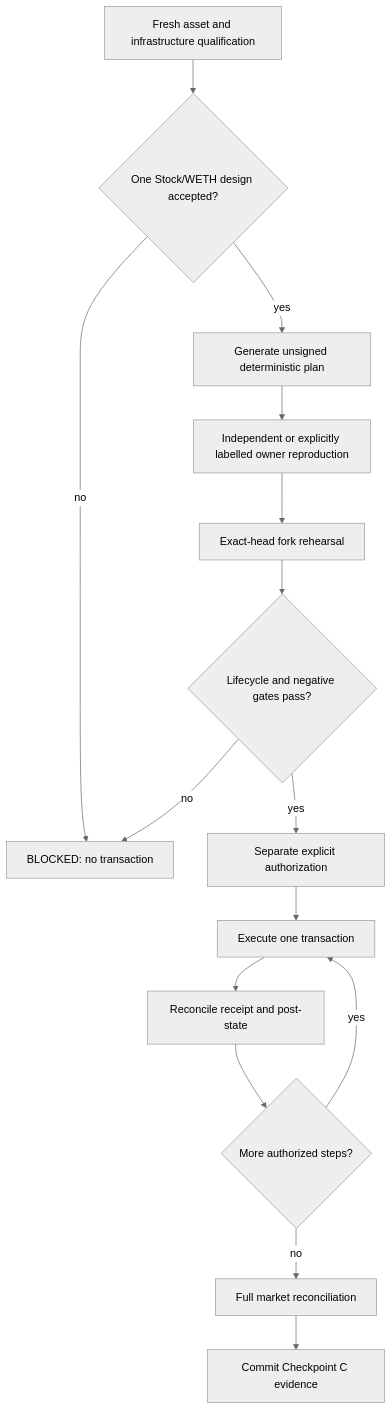
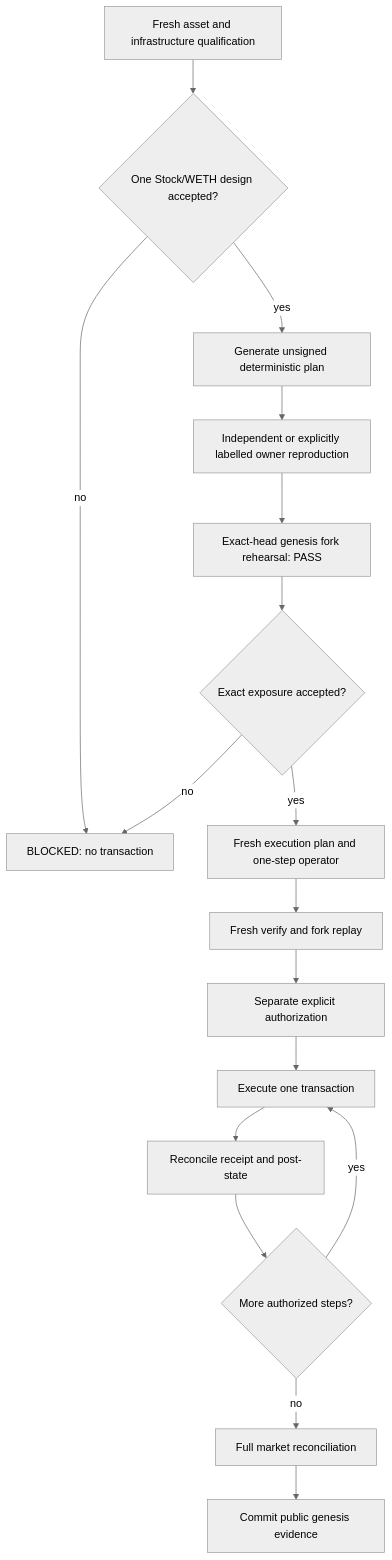
One commit to vmbbz/stonkHedge changed the diagram in docs/roadmap/2026-09-09-market-genesis.md. Above: the diagram before and after it, drawn with Mermaid (neutral theme). The commit also changed other lines of this file and 15 other files, not shown here.

Commit message:
test(market): rehearse PLTR WETH genesis on fork

````diff
--- a/docs/roadmap/2026-09-09-market-genesis.md
+++ b/docs/roadmap/2026-09-09-market-genesis.md
@@ -214,17 +243,19 @@
 ```mermaid
 flowchart TD
     A[Fresh asset and infrastructure qualification] --> B{One Stock/WETH design accepted?}
     B -- no --> X[BLOCKED: no transaction]
     B -- yes --> C[Generate unsigned deterministic plan]
     C --> D[Independent or explicitly labelled owner reproduction]
-    D --> E[Exact-head fork rehearsal]
-    E --> F{Lifecycle and negative gates pass?}
+    D --> E[Exact-head genesis fork rehearsal: PASS]
+    E --> F{Exact exposure accepted?}
     F -- no --> X
-    F -- yes --> G[Separate explicit authorization]
-    G --> H[Execute one transaction]
-    H --> I[Reconcile receipt and post-state]
-    I --> J{More authorized steps?}
-    J -- yes --> H
-    J -- no --> K[Full market reconciliation]
-    K --> L[Commit Checkpoint C evidence]
+    F -- yes --> G[Fresh execution plan and one-step operator]
+    G --> H[Fresh verify and fork replay]
+    H --> I[Separate explicit authorization]
+    I --> J[Execute one transaction]
+    J --> K[Reconcile receipt and post-state]
+    K --> L{More authorized steps?}
+    L -- yes --> J
+    L -- no --> M[Full market reconciliation]
+    M --> N[Commit public genesis evidence]
 ```
````
